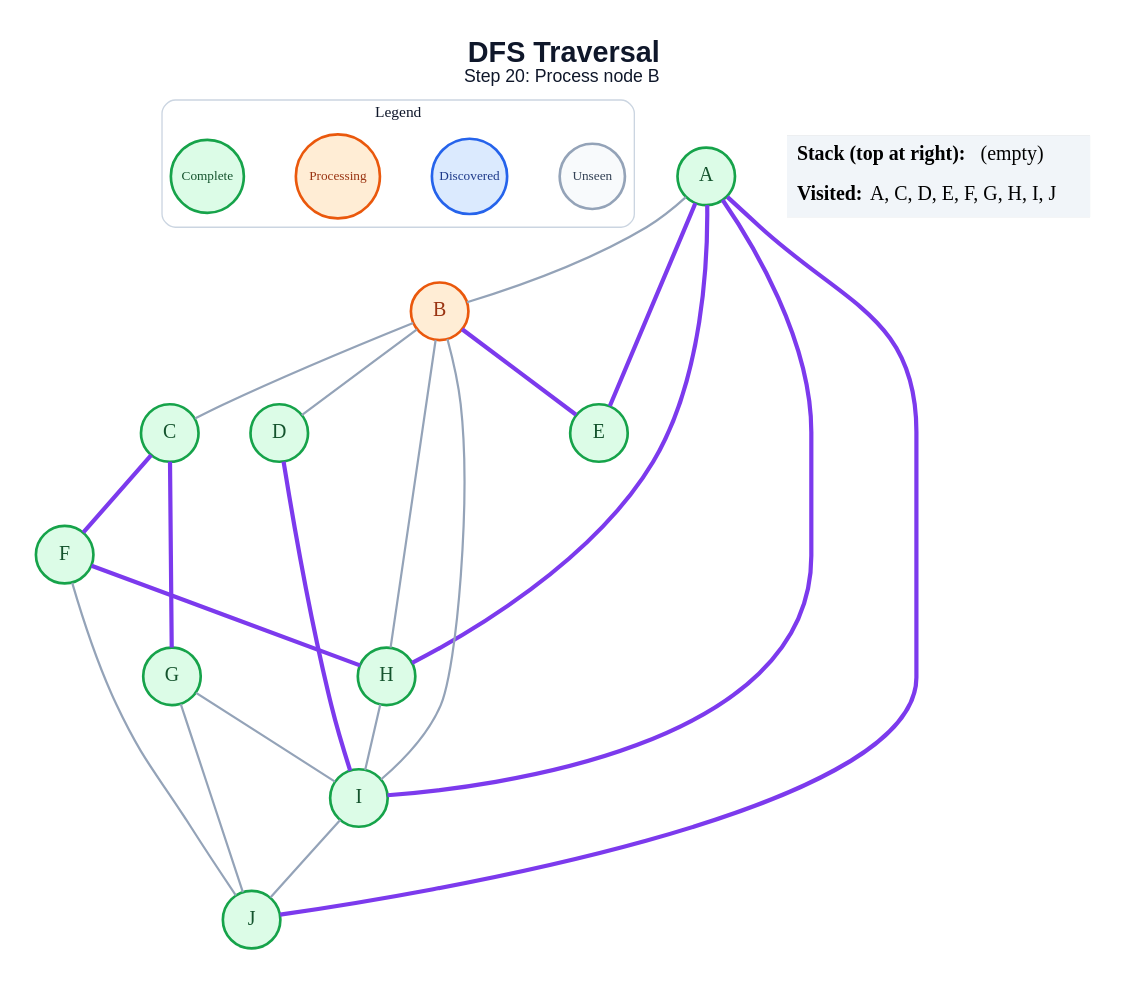
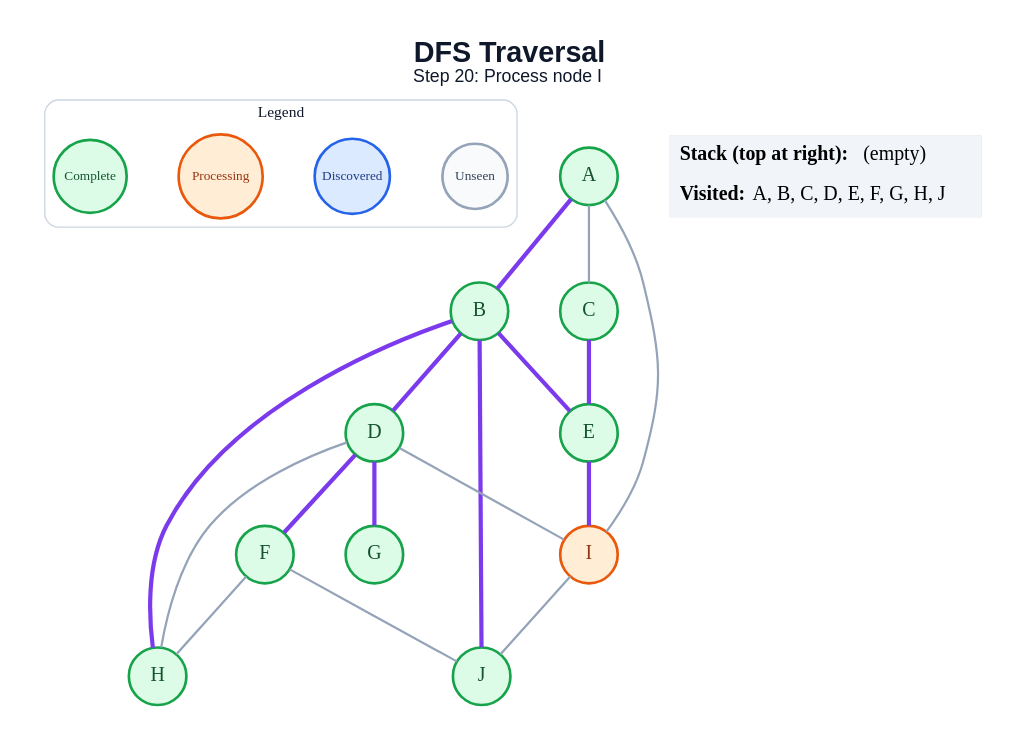
The diagram in generated/specific-node/dfs/step_20.dot (amanghodawala9/ai-slop), drawn with Graphviz before and after one commit. The commit also changed 178 other files, not shown here.

```diff
--- a/generated/specific-node/dfs/step_20.dot
+++ b/generated/specific-node/dfs/step_20.dot
@@ -1,48 +1,45 @@
 graph traversal {
   graph [layout=dot, rankdir=TB, bgcolor="#FFFFFF", pad="0.35", nodesep="0.65", ranksep="0.8", fontname="Arial"];
   node [shape=circle, style="filled", fontname="Arial Bold", fontsize=18, width=0.72, fixedsize=true, penwidth=2.4];
   edge [color="#94A3B8", penwidth=2.0];
-  label=<<B>DFS Traversal</B><BR/><FONT POINT-SIZE="16">Step 20: Process node B</FONT>>; labelloc="t"; fontsize=26; fontname="Arial"; fontcolor="#0F172A";
+  label=<<B>DFS Traversal</B><BR/><FONT POINT-SIZE="16">Step 20: Process node I</FONT>>; labelloc="t"; fontsize=26; fontname="Arial"; fontcolor="#0F172A";
   subgraph cluster_legend { label="Legend"; color="#CBD5E1"; penwidth=1.2; style="rounded"; fontsize=14; fontname="Arial Bold";
     key_unseen [label="Unseen", fillcolor="#F8FAFC", color="#94A3B8", fontcolor="#334155", fontsize=12, width=0.82];
     key_frontier [label="Discovered", fillcolor="#DBEAFE", color="#2563EB", fontcolor="#1E3A8A", fontsize=12, width=0.95];
     key_current [label="Processing", fillcolor="#FFEDD5", color="#EA580C", fontcolor="#9A3412", fontsize=12, width=1.05];
     key_done [label="Complete", fillcolor="#DCFCE7", color="#16A34A", fontcolor="#14532D", fontsize=12, width=0.92];
     { rank=same; key_unseen; key_frontier; key_current; key_done; }
   }
   A [fillcolor="#DCFCE7", color="#16A34A", fontcolor="#14532D"];
-  B [fillcolor="#FFEDD5", color="#EA580C", fontcolor="#9A3412"];
+  B [fillcolor="#DCFCE7", color="#16A34A", fontcolor="#14532D"];
   C [fillcolor="#DCFCE7", color="#16A34A", fontcolor="#14532D"];
   D [fillcolor="#DCFCE7", color="#16A34A", fontcolor="#14532D"];
   E [fillcolor="#DCFCE7", color="#16A34A", fontcolor="#14532D"];
   F [fillcolor="#DCFCE7", color="#16A34A", fontcolor="#14532D"];
   G [fillcolor="#DCFCE7", color="#16A34A", fontcolor="#14532D"];
   H [fillcolor="#DCFCE7", color="#16A34A", fontcolor="#14532D"];
-  I [fillcolor="#DCFCE7", color="#16A34A", fontcolor="#14532D"];
+  I [fillcolor="#FFEDD5", color="#EA580C", fontcolor="#9A3412"];
   J [fillcolor="#DCFCE7", color="#16A34A", fontcolor="#14532D"];
-  A -- B;
-  A -- E [color="#7C3AED", penwidth=3.8];
-  A -- H [color="#7C3AED", penwidth=3.8];
-  A -- I [color="#7C3AED", penwidth=3.8];
-  A -- J [color="#7C3AED", penwidth=3.8];
-  B -- C;
-  B -- D;
+  A -- B [color="#7C3AED", penwidth=3.8];
+  A -- C;
+  A -- I;
+  B -- D [color="#7C3AED", penwidth=3.8];
   B -- E [color="#7C3AED", penwidth=3.8];
-  B -- H;
-  B -- I;
-  C -- F [color="#7C3AED", penwidth=3.8];
-  C -- G [color="#7C3AED", penwidth=3.8];
-  D -- I [color="#7C3AED", penwidth=3.8];
-  F -- H [color="#7C3AED", penwidth=3.8];
+  B -- H [color="#7C3AED", penwidth=3.8];
+  B -- J [color="#7C3AED", penwidth=3.8];
+  C -- E [color="#7C3AED", penwidth=3.8];
+  D -- F [color="#7C3AED", penwidth=3.8];
+  D -- G [color="#7C3AED", penwidth=3.8];
+  D -- H;
+  D -- I;
+  E -- I [color="#7C3AED", penwidth=3.8];
+  F -- H;
   F -- J;
-  G -- I;
-  G -- J;
-  H -- I;
   I -- J;
   status [shape=plain, fixedsize=false, width=0, height=0, margin=0, label=<
     <TABLE BORDER="0" CELLBORDER="0" CELLPADDING="7" BGCOLOR="#F1F5F9">
       <TR><TD ALIGN="LEFT"><B>Stack (top at right):</B> (empty)</TD></TR>
-      <TR><TD ALIGN="LEFT"><B>Visited:</B> A, C, D, E, F, G, H, I, J</TD></TR>
+      <TR><TD ALIGN="LEFT"><B>Visited:</B> A, B, C, D, E, F, G, H, J</TD></TR>
     </TABLE>
   >];
 }
```
